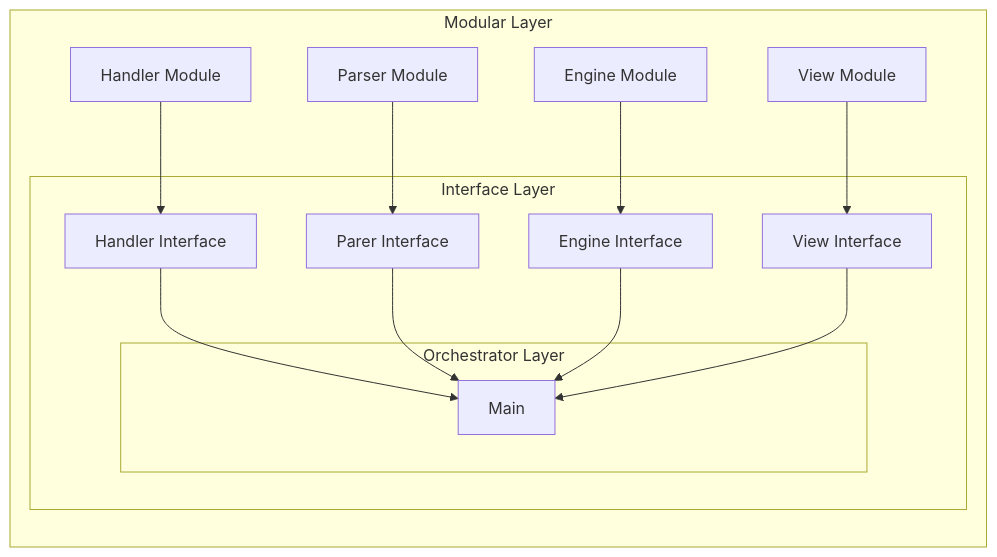
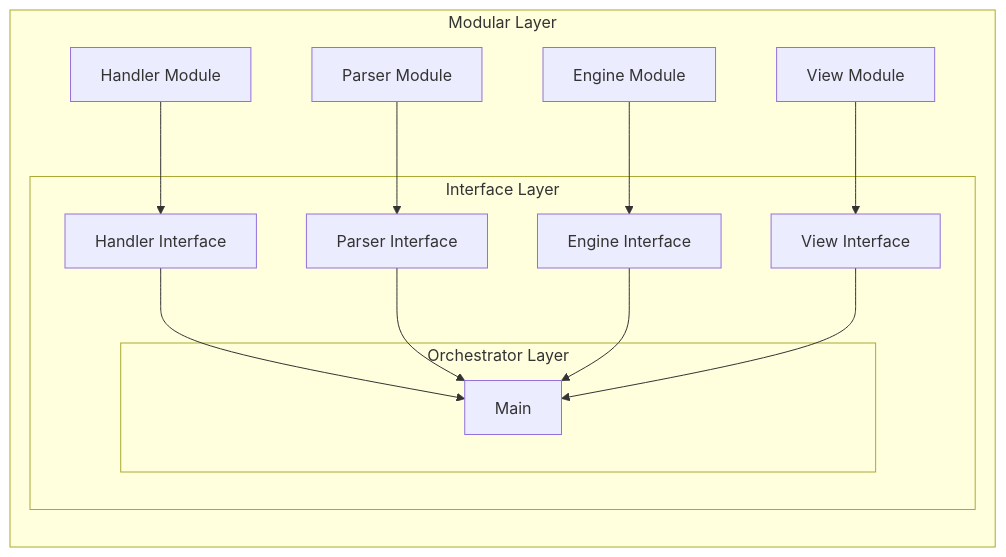
One commit to Flu-iid/blankDB changed the second of 2 diagrams in README.md. Above: the diagram before and after it, drawn with Mermaid.

````diff
--- a/README.md
+++ b/README.md
@@ -60,30 +60,30 @@
 ```mermaid
 graph LR
     CH[Handler Interface] --> M
-    CP[Parer Interface] --> M
+    CP[Parser Interface] --> M
     CE[Engine Interface] --> M
     CV[View Interface] --> M
 
     IH[Handler Module] --> CH
     IP[Parser Module] --> CP
     IE[Engine Module] --> CE
     IV[View Module] --> CV
 
     M[Main]
 
 subgraph ML[Modular Layer]
     IH
     IP
     IE
     IV
     subgraph CL[Interface Layer]
         CH
         CP
         CE
         CV
         subgraph OL[Orchestrator Layer]
             M
 end
 end
 end
 ```
````
